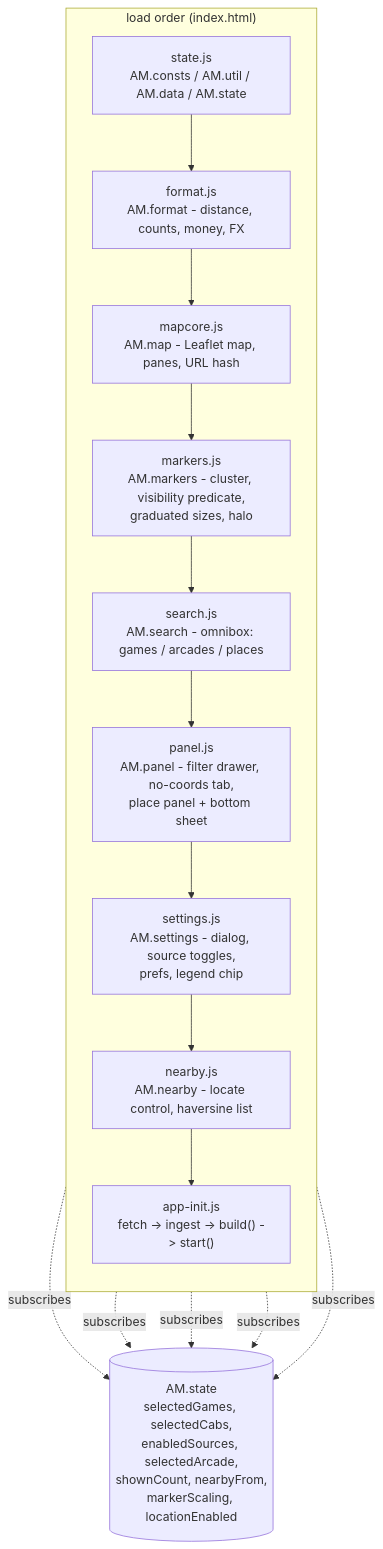
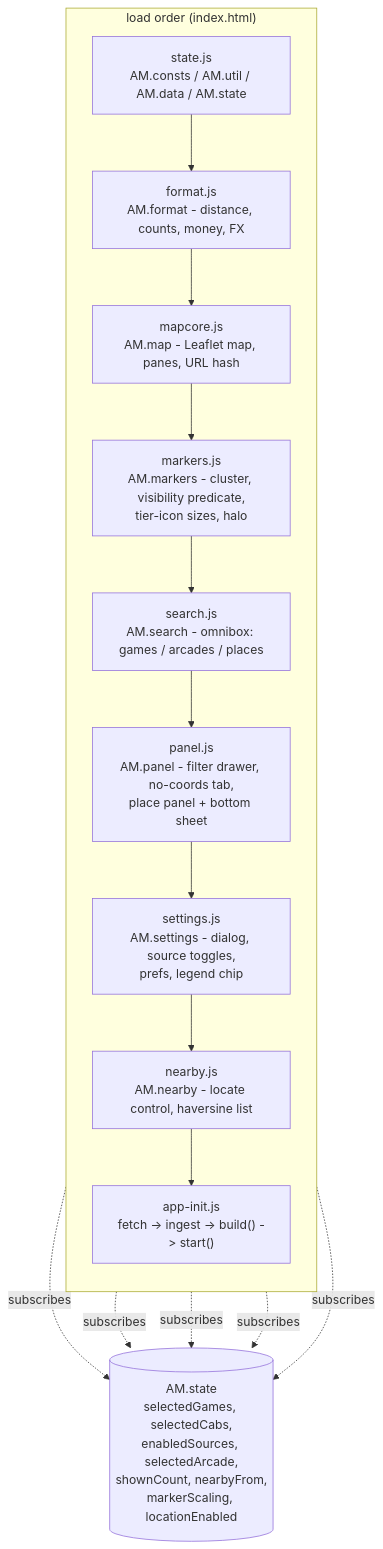
One commit to JonathanLiu1401/Arcade-Maps changed the second of 2 diagrams in docs/ARCHITECTURE.md. Above: the diagram before and after it, drawn with Mermaid. The commit also changed 2 other files, not shown here.

Commit message:
WIP checkpoint 2 + HANDOFF.md for remote continuation
Docs synced (tier markers, photos, resizable sidebar, 13,681 total);
tier-icon wiring partial in js/markers.js; full remaining-work list,
verified-state inventory, and environment notes in HANDOFF.md.

````diff
--- a/docs/ARCHITECTURE.md
+++ b/docs/ARCHITECTURE.md
@@ -169,24 +169,24 @@
 ```mermaid
 flowchart TD
   subgraph load["load order (index.html)"]
     direction TB
     state["state.js<br>AM.consts / AM.util / AM.data / AM.state"]
     format["format.js<br>AM.format - distance, counts, money, FX"]
     mapcore["mapcore.js<br>AM.map - Leaflet map, panes, URL hash"]
-    markers["markers.js<br>AM.markers - cluster, visibility predicate,<br>graduated sizes, halo"]
+    markers["markers.js<br>AM.markers - cluster, visibility predicate,<br>tier-icon sizes, halo"]
     search["search.js<br>AM.search - omnibox: games / arcades / places"]
     panel["panel.js<br>AM.panel - filter drawer, no-coords tab,<br>place panel + bottom sheet"]
     settings["settings.js<br>AM.settings - dialog, source toggles,<br>prefs, legend chip"]
     nearby["nearby.js<br>AM.nearby - locate control, haversine list"]
     init["app-init.js<br>fetch -> ingest -> build() -> start()"]
     state --> format --> mapcore --> markers --> search --> panel --> settings --> nearby --> init
   end
 
   store[("AM.state<br>selectedGames, selectedCabs,<br>enabledSources, selectedArcade,<br>shownCount, nearbyFrom,<br>markerScaling, locationEnabled")]
 
   markers -. subscribes .-> store
   search -. subscribes .-> store
   panel -. subscribes .-> store
   settings -. subscribes .-> store
   nearby -. subscribes .-> store
 ```
````
